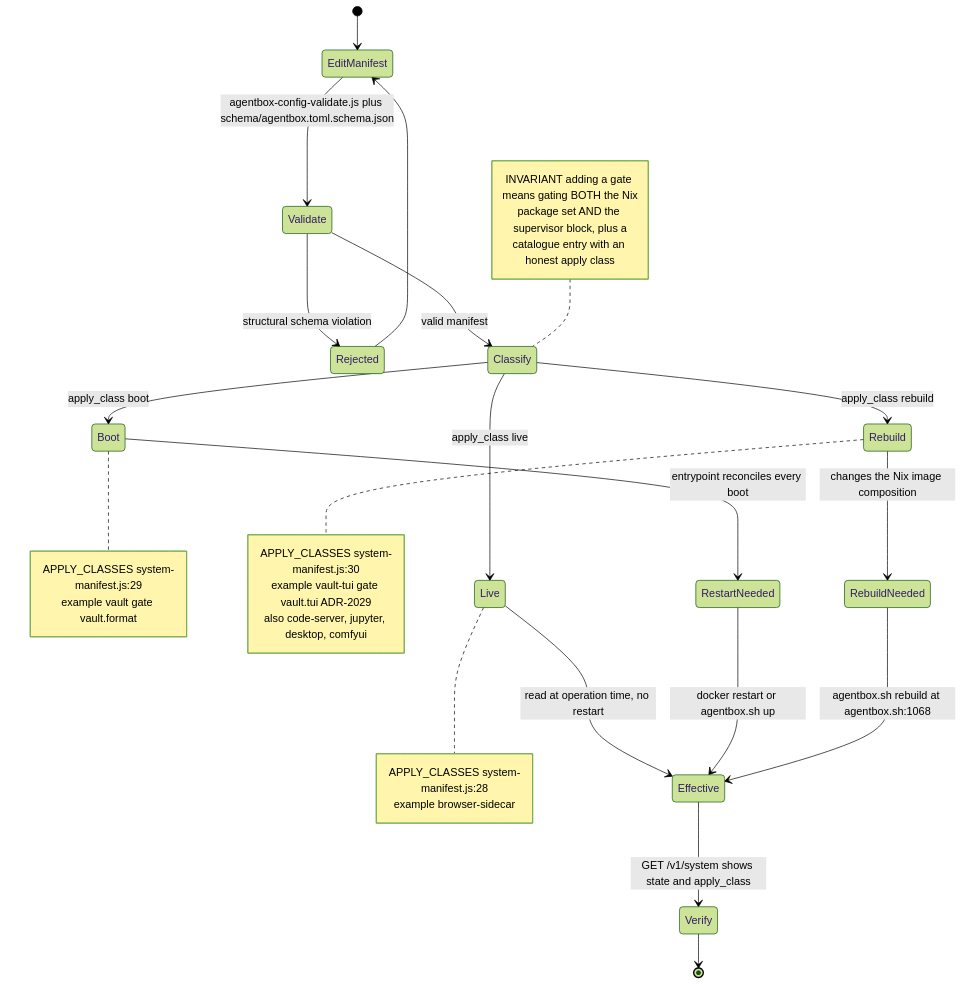
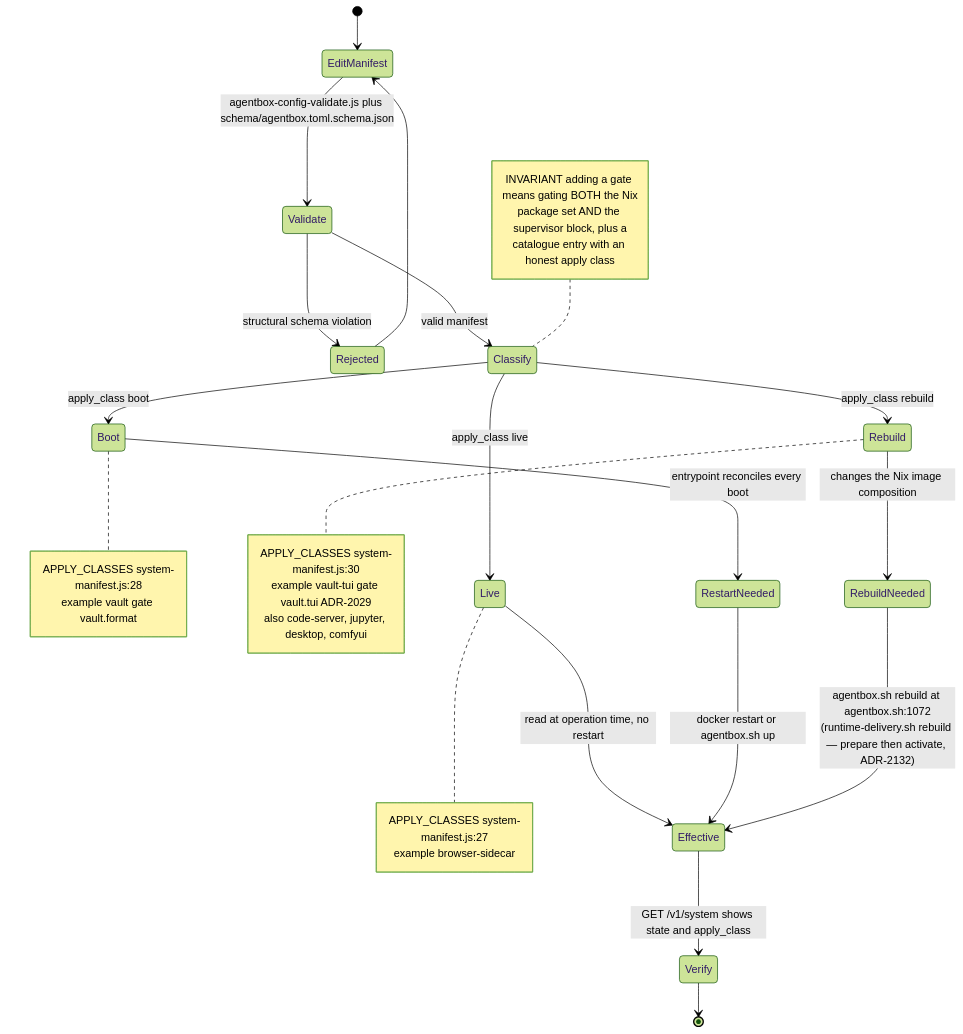
The ninth of 15 diagrams in docs/diagrams/agentbox/05-manifest-gates-and-cli.md (DreamLab-AI/VisionFlow), drawn with Mermaid (forest theme) before and after one commit. The commit also changed other lines of this file and 111 other files, not shown here.

Commit message:
docs(diagrams): align estate maps with current source

````diff
--- a/docs/diagrams/agentbox/05-manifest-gates-and-cli.md
+++ b/docs/diagrams/agentbox/05-manifest-gates-and-cli.md
@@ -277,40 +282,40 @@
 ```mermaid
 stateDiagram-v2
     [*] --> EditManifest
     EditManifest --> Validate: agentbox-config-validate.js plus schema/agentbox.toml.schema.json
     Validate --> Rejected: structural schema violation
     Validate --> Classify: valid manifest
     Rejected --> EditManifest
 
     Classify --> Live: apply_class live
     Classify --> Boot: apply_class boot
     Classify --> Rebuild: apply_class rebuild
 
     Live --> Effective: read at operation time, no restart
     Boot --> RestartNeeded: entrypoint reconciles every boot
     RestartNeeded --> Effective: docker restart or agentbox.sh up
     Rebuild --> RebuildNeeded: changes the Nix image composition
-    RebuildNeeded --> Effective: agentbox.sh rebuild at agentbox.sh:1068
+    RebuildNeeded --> Effective: agentbox.sh rebuild at agentbox.sh:1072<br/>(runtime-delivery.sh rebuild — prepare then activate, ADR-2132)
 
     Effective --> Verify: GET /v1/system shows state and apply_class
     Verify --> [*]
 
     note right of Live
-        APPLY_CLASSES system-manifest.js:28
+        APPLY_CLASSES system-manifest.js:27
         example browser-sidecar
     end note
     note right of Boot
-        APPLY_CLASSES system-manifest.js:29
+        APPLY_CLASSES system-manifest.js:28
         example vault gate vault.format
     end note
     note right of Rebuild
         APPLY_CLASSES system-manifest.js:30
         example vault-tui gate vault.tui ADR-2029
         also code-server, jupyter, desktop, comfyui
     end note
     note left of Classify
         INVARIANT adding a gate means gating BOTH the Nix
         package set AND the supervisor block, plus a
         catalogue entry with an honest apply class
     end note
 ```
````
